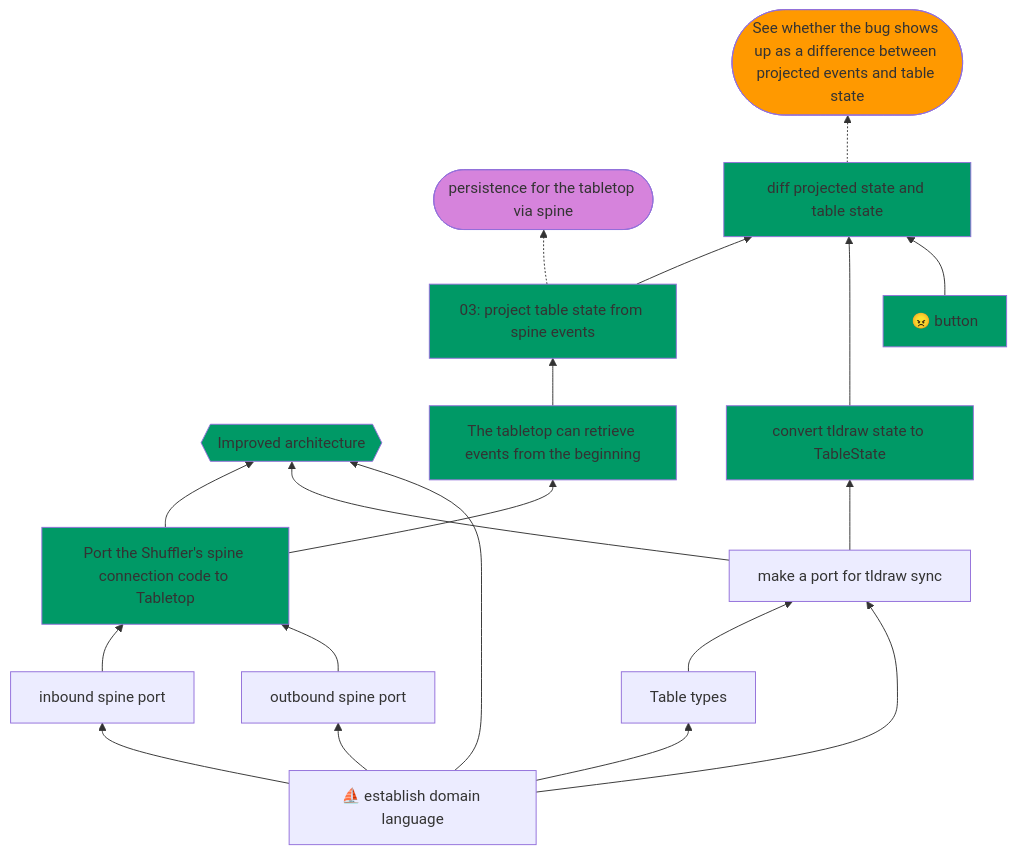
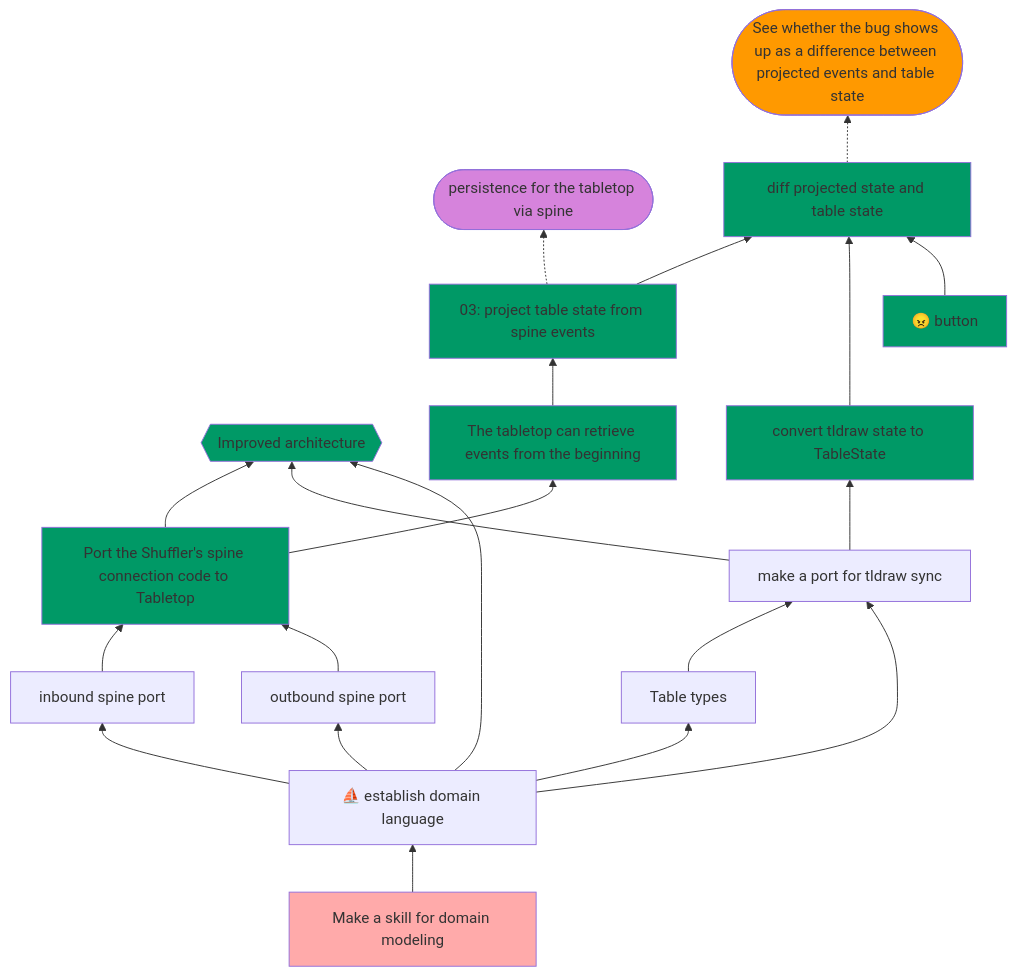
One commit to jessitron/mtg-deck-shuffler changed the diagram in .scratch/tabletop-persists-physical-events/map.mmd. Above: the diagram before and after it, drawn with Mermaid. The commit also changed 1 other file, not shown here.

```diff
--- a/.scratch/tabletop-persists-physical-events/map.mmd
+++ b/.scratch/tabletop-persists-physical-events/map.mmd
@@ -1,41 +1,44 @@
 flowchart BT
    t1[Port the Shuffler's spine connection code to Tabletop] --> joy1{{Improved architecture}}
    t1 --> t2[The tabletop can retrieve events from the beginning]
    t2 --> t4[03: project table state from spine events]
    g1([See whether the bug shows up as a difference between projected events and table state])
    g2([persistence for the tabletop via spine])
    t5[diff projected state and table state]
    t4-->t5
    t6[convert tldraw state to TableState] -->t5
    t5-.->g1
    t4 -.->g2
    d1[⛵️ establish domain language]-->r2
    r1[make a port for tldraw sync] -->joy1
    r4[Table types] --> r1
    r2[inbound spine port] -->t1
    r3[outbound spine port] -->t1
    d1-->r1
    d1-->joy1
    d1-->r4
    r1-->t6
    d1-->r3
    t9[😠 button] -->t5
+   m1[Make a skill for domain modeling] --> d1
 
 classDef tabletop fill:#009966
 classDef shuffler fill:#7777ff
 classDef eventualGoal fill:#d683dc
 classDef todayGoal fill:#ff9900
+classDef skills fill:#ffaaaa
 class joy1 tabletop;
+class m1 skills;
 class t1 tabletop;
 class t2 tabletop;
 class t3 shuffler;
 class joy2 shuffler;
 class t4 tabletop;
 class t5 tabletop;
 class g1 todayGoal;
 class g2 eventualGoal;
 class t6 tabletop;
 class t9 tabletop;
 
 classDef complete color:#000000,stroke:#000000;
 class t3 complete;
```
